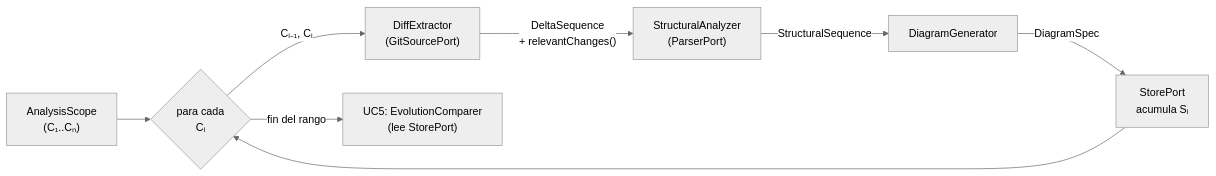
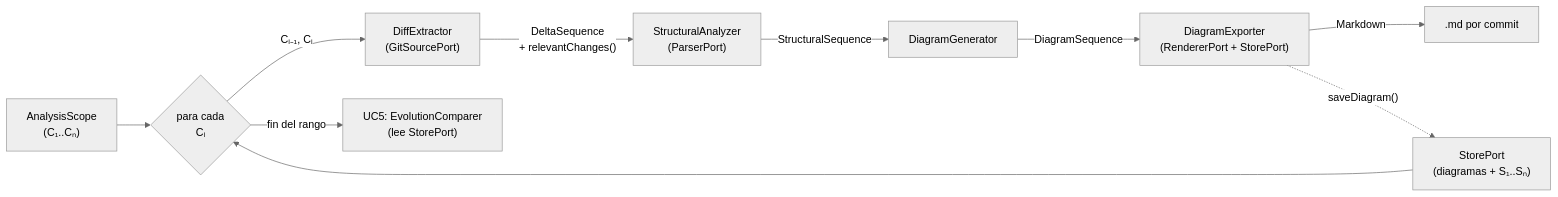
The third of 3 diagrams in docs/architecture.md (van2015/DDV), drawn with Mermaid (neutral theme) before and after one commit. The commit also changed 8 other files, not shown here.

First line of the commit message:
feat(store): export diagram specs as markdown files

````diff
--- a/docs/architecture.md
+++ b/docs/architecture.md
@@ -123,10 +123,12 @@
 ```mermaid
 flowchart LR
     S["AnalysisScope<br/>(C₁..Cₙ)"] --> L{"para cada<br/>Cᵢ"}
     L -->|"Cᵢ₋₁, Cᵢ"| D["DiffExtractor<br/>(GitSourcePort)"]
     D -->|"DeltaSequence<br/>+ relevantChanges()"| A["StructuralAnalyzer<br/>(ParserPort)"]
     A -->|"StructuralSequence"| G["DiagramGenerator"]
-    G -->|"DiagramSpec"| ST["StorePort<br/>acumula Sᵢ"]
+    G -->|"DiagramSequence"| X["DiagramExporter<br/>(RendererPort + StorePort)"]
+    X -->|"Markdown"| F[".md por commit"]
+    X -.->|"saveDiagram()"| ST["StorePort<br/>(diagramas + S₁..Sₙ)"]
     ST --> L
     L -->|"fin del rango"| R["UC5: EvolutionComparer<br/>(lee StorePort)"]
 ```
````
